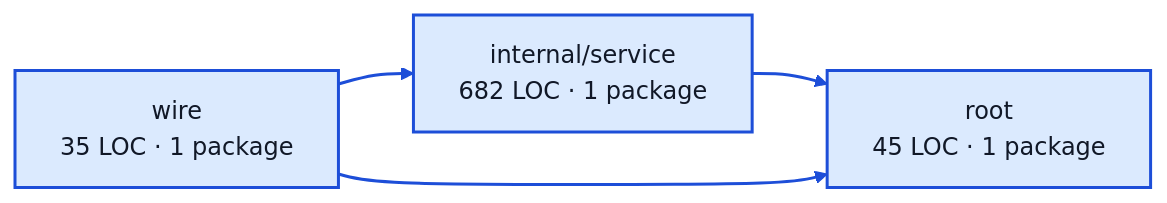
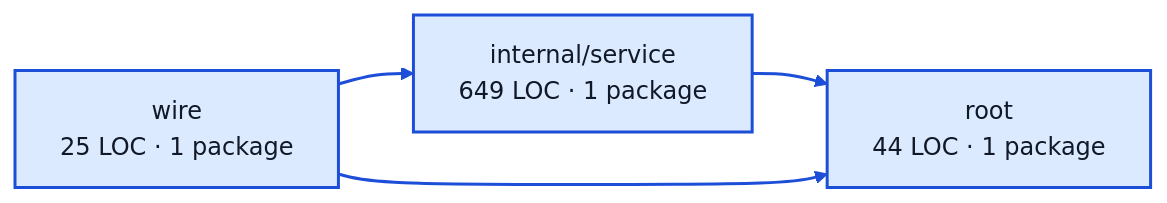
One commit to portpowered/you-agent-factory changed the diagram in docs/architecture/visualizations/services/webhooks.md. Above: the diagram before and after it, drawn with Mermaid. The commit also changed other lines of this file and 20 other files, not shown here.

Commit message:
docs: refresh backend architecture visualizations

````diff
--- a/docs/architecture/visualizations/services/webhooks.md
+++ b/docs/architecture/visualizations/services/webhooks.md
@@ -11,13 +11,13 @@
 ```mermaid
 flowchart LR
-  p0["internal/service<br/>682 LOC · 1 package"]
-  p1["root<br/>45 LOC · 1 package"]
-  p2["wire<br/>35 LOC · 1 package"]
+  p0["internal/service<br/>649 LOC · 1 package"]
+  p1["root<br/>44 LOC · 1 package"]
+  p2["wire<br/>25 LOC · 1 package"]
   p0 --> p1
   p2 --> p0
   p2 --> p1
   style p0 fill:#dbeafe,stroke:#1d4ed8,stroke-width:2px,color:#111827
   style p1 fill:#dbeafe,stroke:#1d4ed8,stroke-width:2px,color:#111827
   style p2 fill:#dbeafe,stroke:#1d4ed8,stroke-width:2px,color:#111827
   linkStyle default stroke:#1d4ed8,stroke-width:2px
 ```
````
